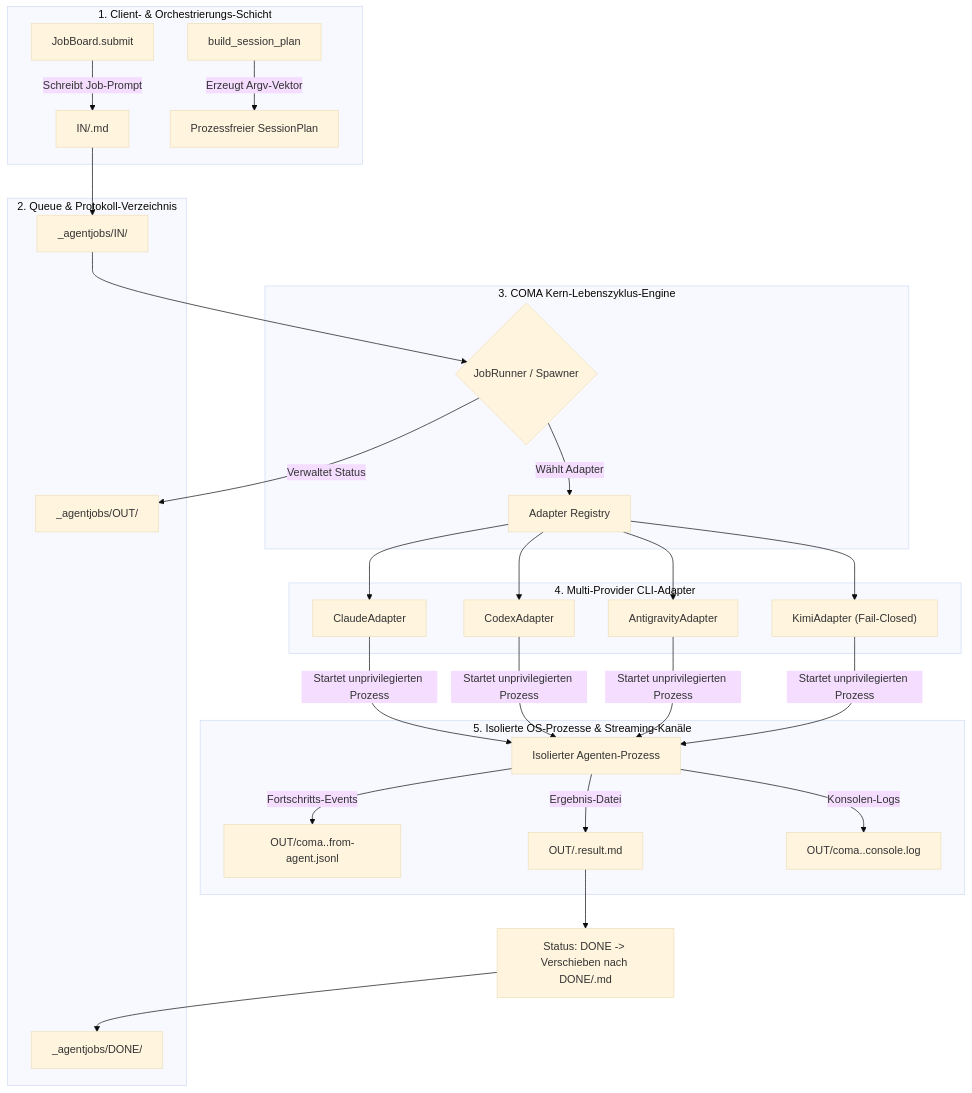
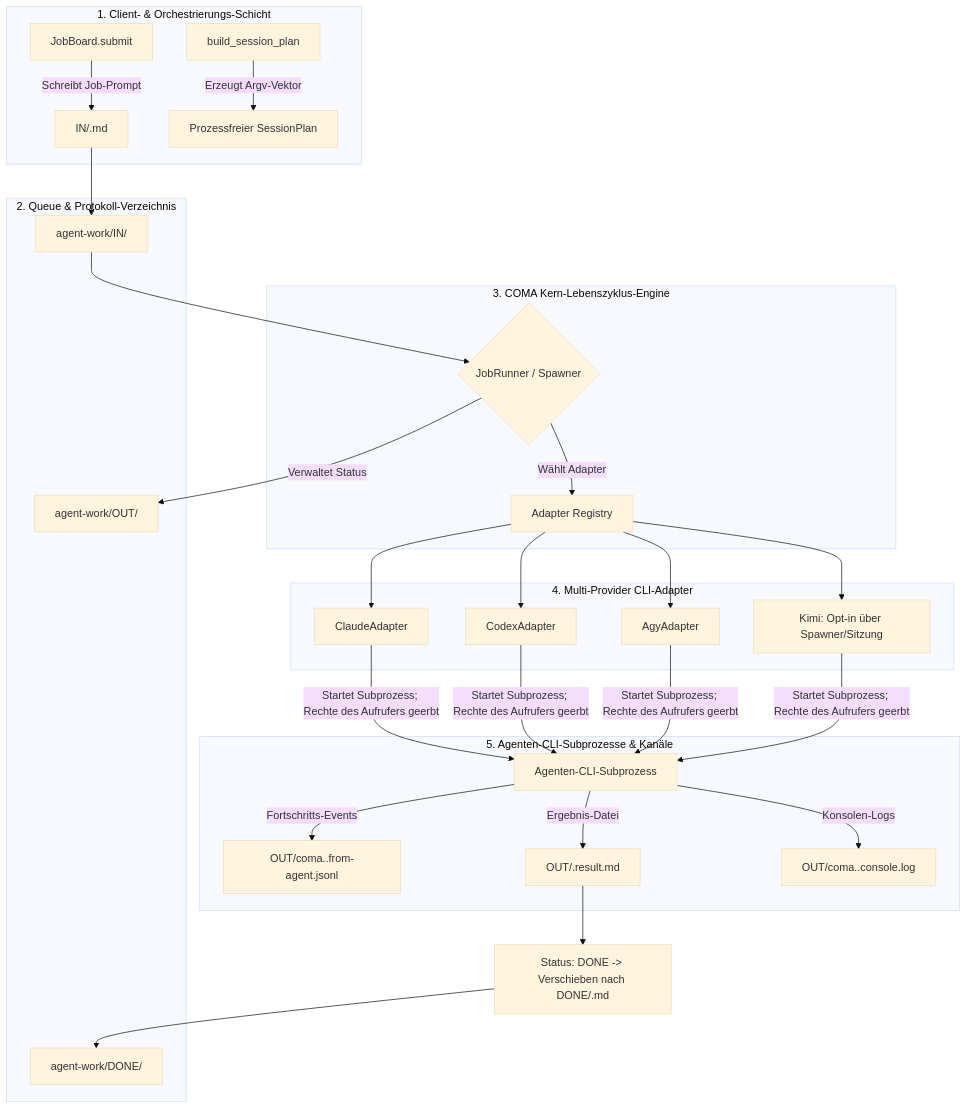
One commit to ellmos-ai/coma changed the first of 2 diagrams in README_de.md. Above: the diagram before and after it, drawn with Mermaid (base theme). The commit also changed other lines of this file and 21 other files, not shown here.

````diff
--- a/README_de.md
+++ b/README_de.md
@@ -352,36 +291,36 @@
 ```mermaid
 flowchart TD
     subgraph Layer1 ["1. Client- & Orchestrierungs-Schicht"]
         A1["JobBoard.submit"] -->|"Schreibt Job-Prompt"| B1["IN/<jobid>.md"]
         A2["build_session_plan"] -->|"Erzeugt Argv-Vektor"| B2["Prozessfreier SessionPlan"]
     end
 
     subgraph Layer2 ["2. Queue & Protokoll-Verzeichnis"]
-        B1 --> C1["_agentjobs/IN/"]
-        C2["_agentjobs/OUT/"]
-        C3["_agentjobs/DONE/"]
+        B1 --> C1["agent-work/IN/"]
+        C2["agent-work/OUT/"]
+        C3["agent-work/DONE/"]
     end
 
     subgraph Layer3 ["3. COMA Kern-Lebenszyklus-Engine"]
         C1 --> D1{"JobRunner / Spawner"}
         D1 -->|"Wählt Adapter"| D2["Adapter Registry"]
         D1 -->|"Verwaltet Status"| C2
     end
 
     subgraph Layer4 ["4. Multi-Provider CLI-Adapter"]
         D2 --> E1["ClaudeAdapter"]
         D2 --> E2["CodexAdapter"]
-        D2 --> E3["AntigravityAdapter"]
-        D2 --> E4["KimiAdapter (Fail-Closed)"]
+        D2 --> E3["AgyAdapter"]
+        D2 --> E4["Kimi: Opt-in über Spawner/Sitzung"]
     end
 
-    subgraph Layer5 ["5. Isolierte OS-Prozesse & Streaming-Kanäle"]
-        E1 & E2 & E3 & E4 -->|"Startet unprivilegierten Prozess"| F1["Isolierter Agenten-Prozess"]
+    subgraph Layer5 ["5. Agenten-CLI-Subprozesse & Kanäle"]
+        E1 & E2 & E3 & E4 -->|"Startet Subprozess; Rechte des Aufrufers geerbt"| F1["Agenten-CLI-Subprozess"]
         F1 -->|"Fortschritts-Events"| G1["OUT/coma.<jobid>.from-agent.jsonl"]
         F1 -->|"Ergebnis-Datei"| G2["OUT/<jobid>.result.md"]
         F1 -->|"Konsolen-Logs"| G3["OUT/coma.<jobid>.console.log"]
     end
 
     G2 --> H1["Status: DONE -> Verschieben nach DONE/<jobid>.md"]
     H1 --> C3
 ```
````
